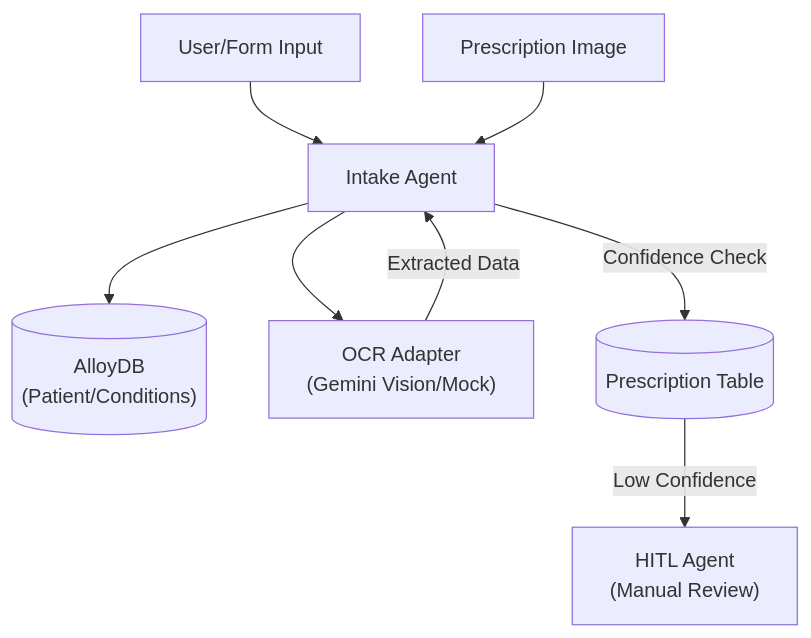
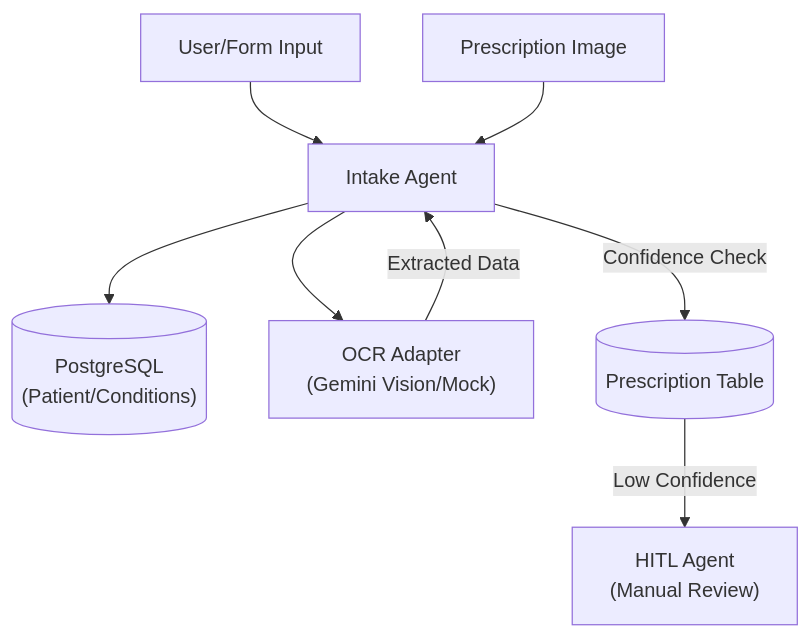
The diagram in docs/Agent_Digrams/intake_agent.md (shreeshbhat04-ctrl/NEXUS-AI-), drawn with Mermaid before and after one commit. The commit also changed 134 other files, not shown here.

````diff
--- a/docs/Agent_Digrams/intake_agent.md
+++ b/docs/Agent_Digrams/intake_agent.md
@@ -16,12 +16,12 @@
 ```mermaid
 graph TD
     U["User/Form Input"] --> IA["Intake Agent"]
-    IA --> DB[("AlloyDB<br/>(Patient/Conditions)")]
+    IA --> DB[("PostgreSQL<br/>(Patient/Conditions)")]
     
     IMG["Prescription Image"] --> IA
     IA --> OCR["OCR Adapter<br/>(Gemini Vision/Mock)"]
     OCR -->|"Extracted Data"| IA
     IA -->|"Confidence Check"| P[("Prescription Table")]
     
     P -->|"Low Confidence"| HA["HITL Agent<br/>(Manual Review)"]
 ```
````
